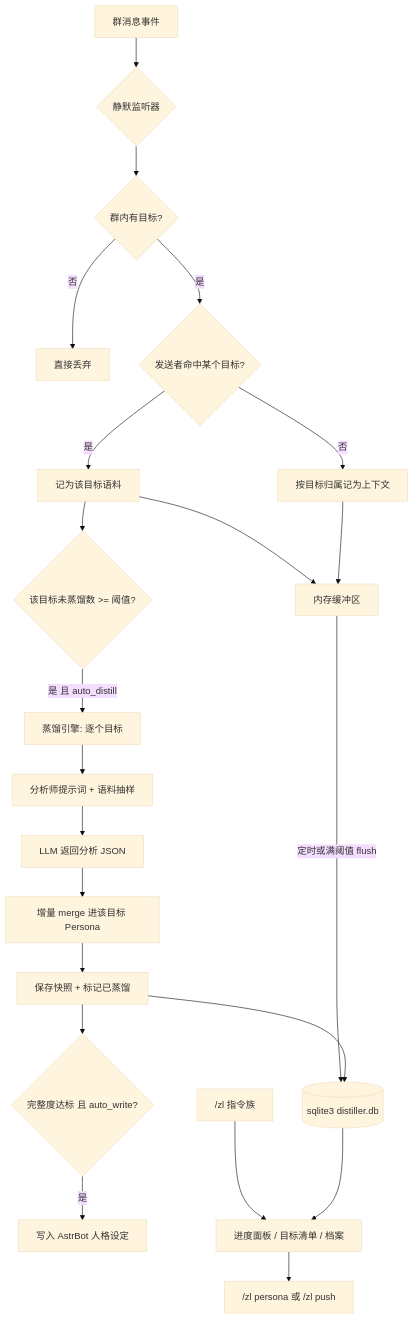
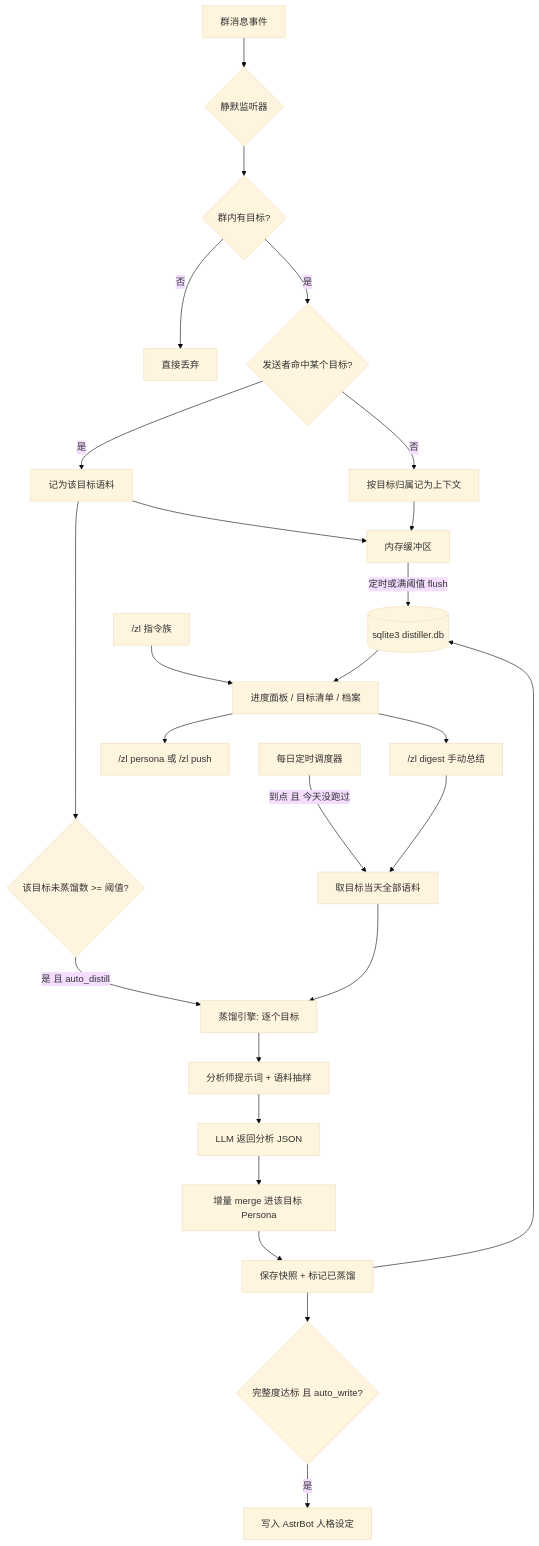
The diagram in README.md (Shawlei/astrbot_plugin_group_distiller), drawn with Mermaid (base theme) before and after one commit. The commit also changed other lines of this file and 10 other files, not shown here.

````diff
--- a/README.md
+++ b/README.md
@@ -291,24 +333,28 @@
 ```mermaid
 flowchart TD
     A[群消息事件] --> B{静默监听器}
     B --> C{群内有目标?}
     C -->|否| X[直接丢弃]
     C -->|是| D{发送者命中某个目标?}
     D -->|是| E[记为该目标语料]
     D -->|否| F[按目标归属记为上下文]
     E --> G[内存缓冲区]
     F --> G
     G -->|定时或满阈值 flush| H[(sqlite3 distiller.db)]
     E --> I{该目标未蒸馏数 >= 阈值?}
     I -->|是 且 auto_distill| J[蒸馏引擎: 逐个目标]
     J --> K[分析师提示词 + 语料抽样]
     K --> L[LLM 返回分析 JSON]
     L --> M[增量 merge 进该目标 Persona]
     M --> N[保存快照 + 标记已蒸馏]
     N --> O{完整度达标 且 auto_write?}
     O -->|是| P[写入 AstrBot 人格设定]
+    T[每日定时调度器] -->|到点 且 今天没跑过| U[取目标当天全部语料]
+    U --> J
     Q["/zl 指令族"] --> R[进度面板 / 目标清单 / 档案]
     R --> S["/zl persona 或 /zl push"]
+    R --> V["/zl digest 手动总结"]
+    V --> U
     H --> R
     N --> H
 ```
````
